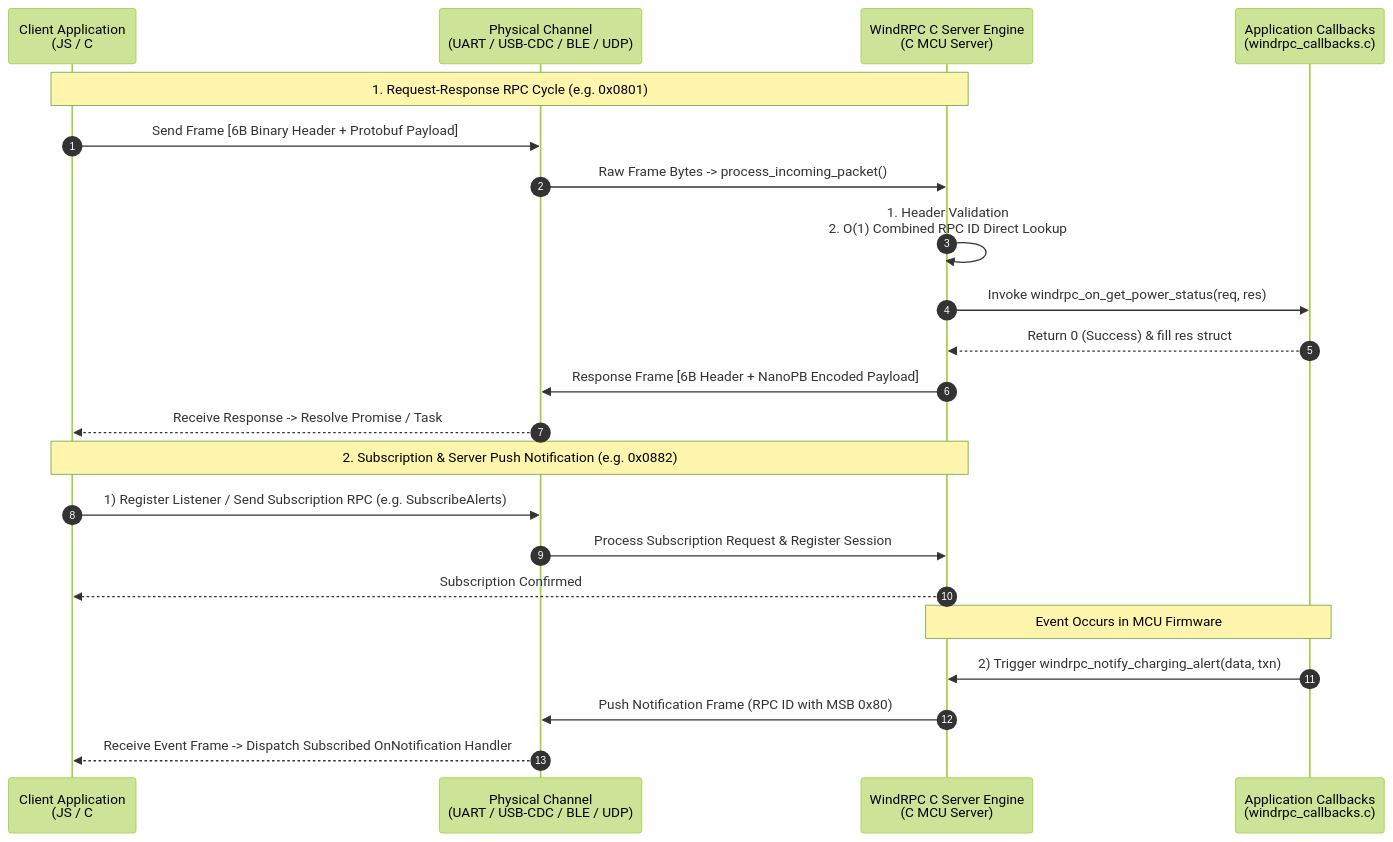
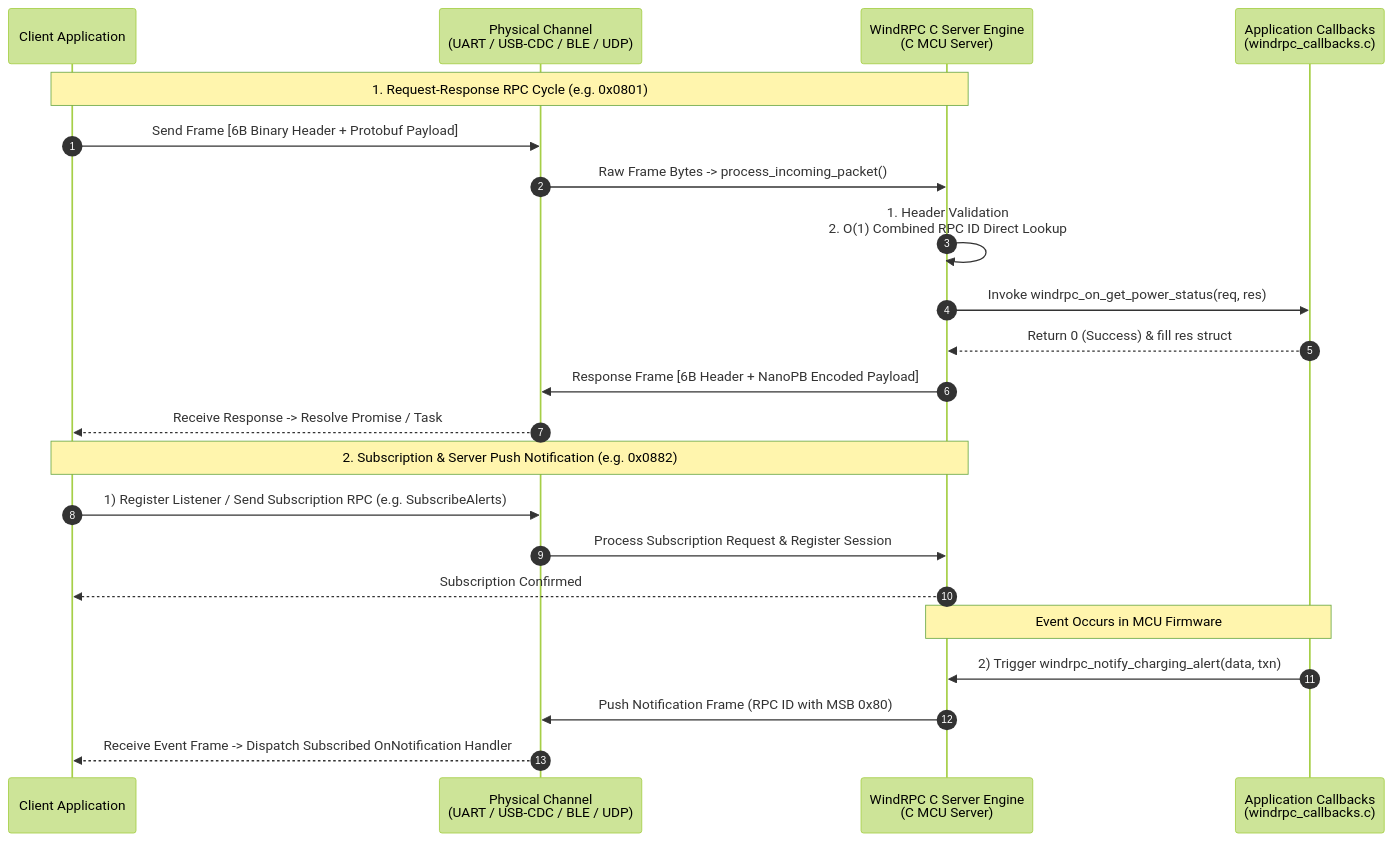
Before and after one commit to micro-artwork/windrpc: the second of 2 diagrams in README.md, drawn with Mermaid (forest theme). The commit also changed 1 other file, not shown here.

Commit message:
fix: compact sequence diagram participant label to prevent Mermaid text cutoff

````diff
--- a/README.md
+++ b/README.md
@@ -54,26 +54,26 @@
 ```mermaid
 sequenceDiagram
     autonumber
-    participant Client as Client Application<br/>(JS / C# / Python)
+    participant Client as Client Application
     participant Transport as Physical Channel<br/>(UART / USB-CDC / BLE / UDP)
     participant Engine as WindRPC C Server Engine<br/>(C MCU Server)
     participant App as Application Callbacks<br/>(windrpc_callbacks.c)
 
     Note over Client, Engine: 1. Request-Response RPC Cycle (e.g. 0x0801)
     Client->>Transport: Send Frame [6B Binary Header + Protobuf Payload]
     Transport->>Engine: Raw Frame Bytes -> process_incoming_packet()
     Engine->>Engine: 1. Header Validation<br/>2. O(1) Combined RPC ID Direct Lookup
     Engine->>App: Invoke windrpc_on_get_power_status(req, res)
     App-->>Engine: Return 0 (Success) & fill res struct
     Engine->>Transport: Response Frame [6B Header + NanoPB Encoded Payload]
     Transport-->>Client: Receive Response -> Resolve Promise / Task
 
     Note over Client, Engine: 2. Subscription & Server Push Notification (e.g. 0x0882)
     Client->>Transport: 1) Register Listener / Send Subscription RPC (e.g. SubscribeAlerts)
     Transport->>Engine: Process Subscription Request & Register Session
     Engine-->>Client: Subscription Confirmed
     Note over Engine, App: Event Occurs in MCU Firmware
     App->>Engine: 2) Trigger windrpc_notify_charging_alert(data, txn)
     Engine->>Transport: Push Notification Frame (RPC ID with MSB 0x80)
     Transport-->>Client: Receive Event Frame -> Dispatch Subscribed OnNotification Handler
 ```
````
